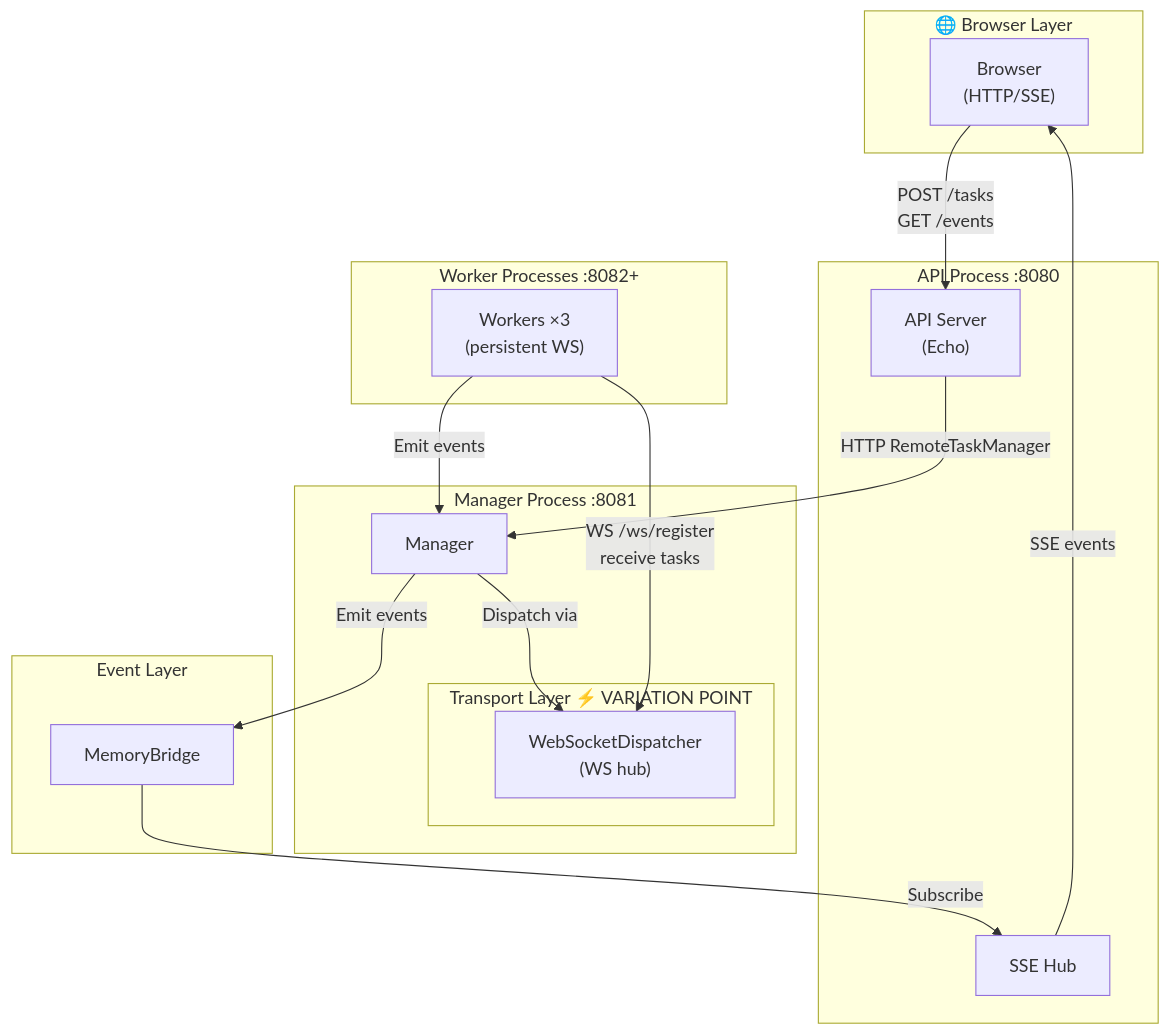
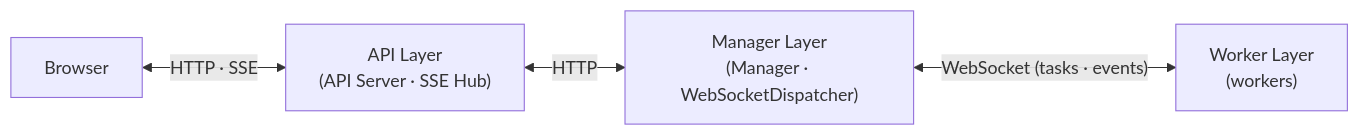
Before and after one commit to deyarchit/work-distribution-patterns: the fourth of 7 diagrams in README.md, drawn with Mermaid. The commit also changed other lines of this file, not shown here.

````diff
--- a/README.md
+++ b/README.md
@@ -109,35 +78,11 @@
 ```mermaid
-graph TB
-    subgraph L1["🌐 Browser Layer"]
-        Browser["Browser<br/>(HTTP/SSE)"]
-    end
+graph LR
+    Browser["Browser"]
+    API["API Layer<br/>(API Server · SSE Hub)"]
+    Manager["Manager Layer<br/>(Manager · WebSocketDispatcher)"]
+    Workers["Worker Layer<br/>(workers)"]
 
-    subgraph L2["API Process :8080"]
-        API["API Server<br/>(Echo)"]
-        SSEHub["SSE Hub"]
-    end
-
-    subgraph L3["Manager Process :8081"]
-        Manager["Manager"]
-        subgraph L3a["Transport Layer ⚡ VARIATION POINT"]
-            WD["WebSocketDispatcher<br/>(WS hub)"]
-        end
-    end
-
-    subgraph L4["Worker Processes :8082+"]
-        Workers["Workers ×3<br/>(persistent WS)"]
-    end
-
-    subgraph L5["Event Layer"]
-        EventBridge["MemoryBridge"]
-    end
-
-    Browser -->|POST /tasks<br/>GET /events| API
-    API -->|HTTP RemoteTaskManager| Manager
-    Manager -->|Dispatch via| WD
-    Workers -->|WS /ws/register<br/>receive tasks| WD
-    Workers -->|Emit events| Manager
-    Manager -->|Emit events| EventBridge
-    EventBridge -->|Subscribe| SSEHub
-    SSEHub -->|SSE events| Browser
+    Browser <-->|"HTTP · SSE"| API
+    API <-->|"HTTP"| Manager
+    Manager <-->|"WebSocket (tasks · events)"| Workers
 ```
````
